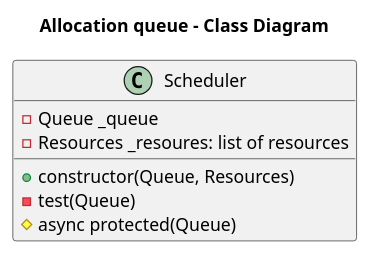
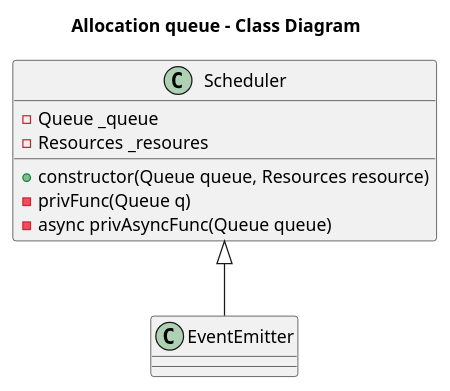
One commit to jupe/puml2code changed the diagram in examples/sample.puml. Above: the diagram before and after it, drawn with PlantUML. The commit also changed 49 other files, not shown here.

```diff
--- a/examples/sample.puml
+++ b/examples/sample.puml
@@ -1,11 +1,13 @@
 @startuml
 title Allocation queue - Class Diagram
 
 class Scheduler {
-    +constructor(Queue, Resources)
-    -test(Queue)
-    #async protected(Queue)
+    +constructor(Queue queue, Resources resource)
+    -privFunc(Queue q)
+    -async privAsyncFunc(Queue queue)
     -Queue _queue
-    -Resources _resoures: list of resources
+    -Resources _resoures
 }
+
+EventEmitter -up-|> Scheduler
 @enduml
```
